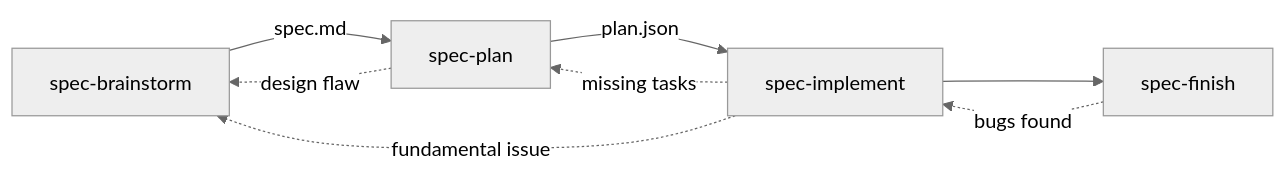
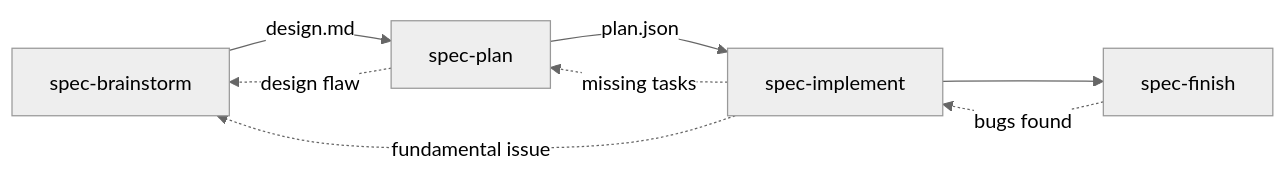
One commit to martinffx/atelier changed the diagram in README.md. Above: the diagram before and after it, drawn with Mermaid (neutral theme). The commit also changed other lines of this file and 6 other files, not shown here.

First line of the commit message:
feat(spec-brainstorm): add section-by-section design approval

````diff
--- a/README.md
+++ b/README.md
@@ -228,11 +228,11 @@
 ```mermaid
 graph LR
-    A[spec-brainstorm] -->|spec.md| B[spec-plan]
+    A[spec-brainstorm] -->|design.md| B[spec-plan]
     B -->|plan.json| C[spec-implement]
     C --> D[spec-finish]
     
     B -.->|design flaw| A
     C -.->|missing tasks| B
     C -.->|fundamental issue| A
     D -.->|bugs found| C
 ```
````
